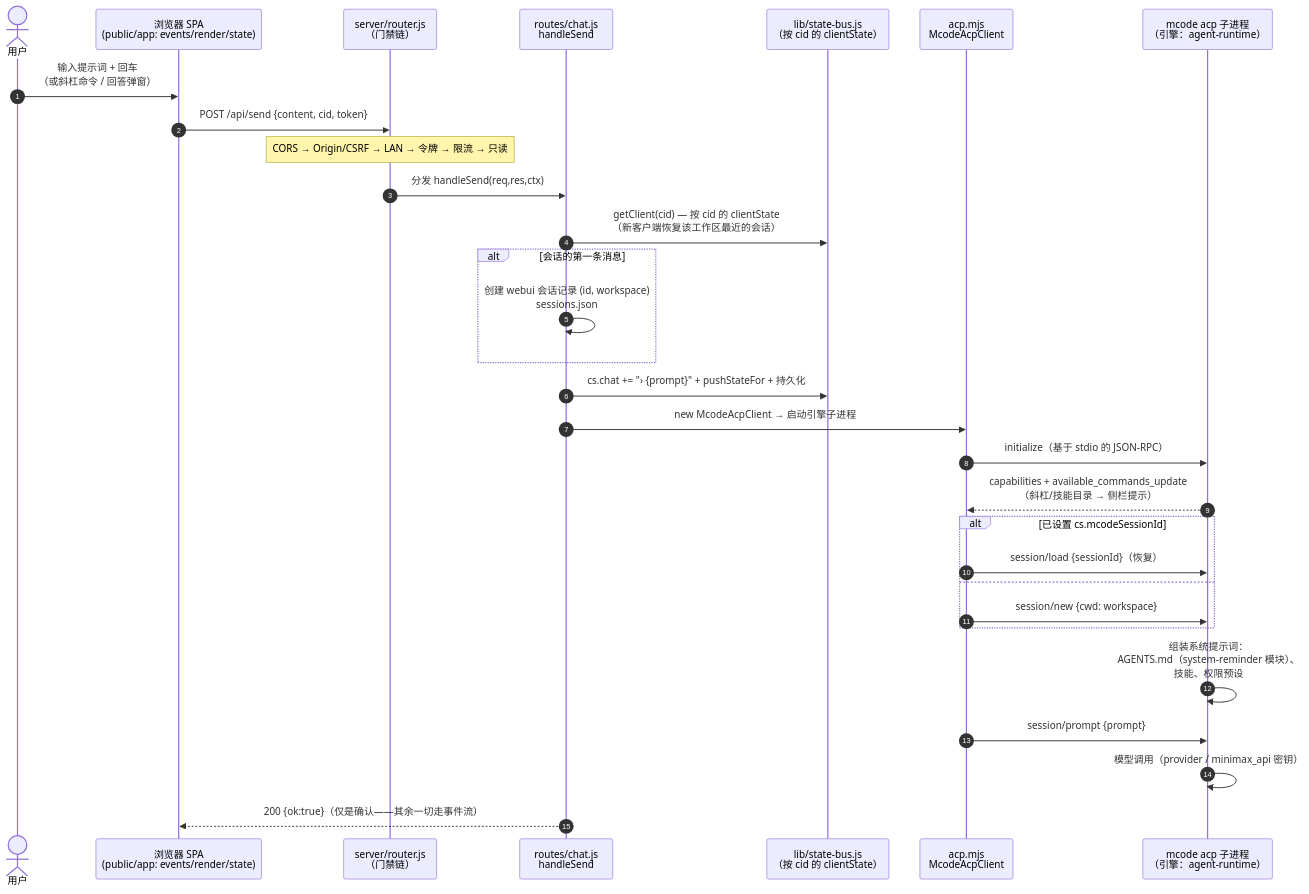
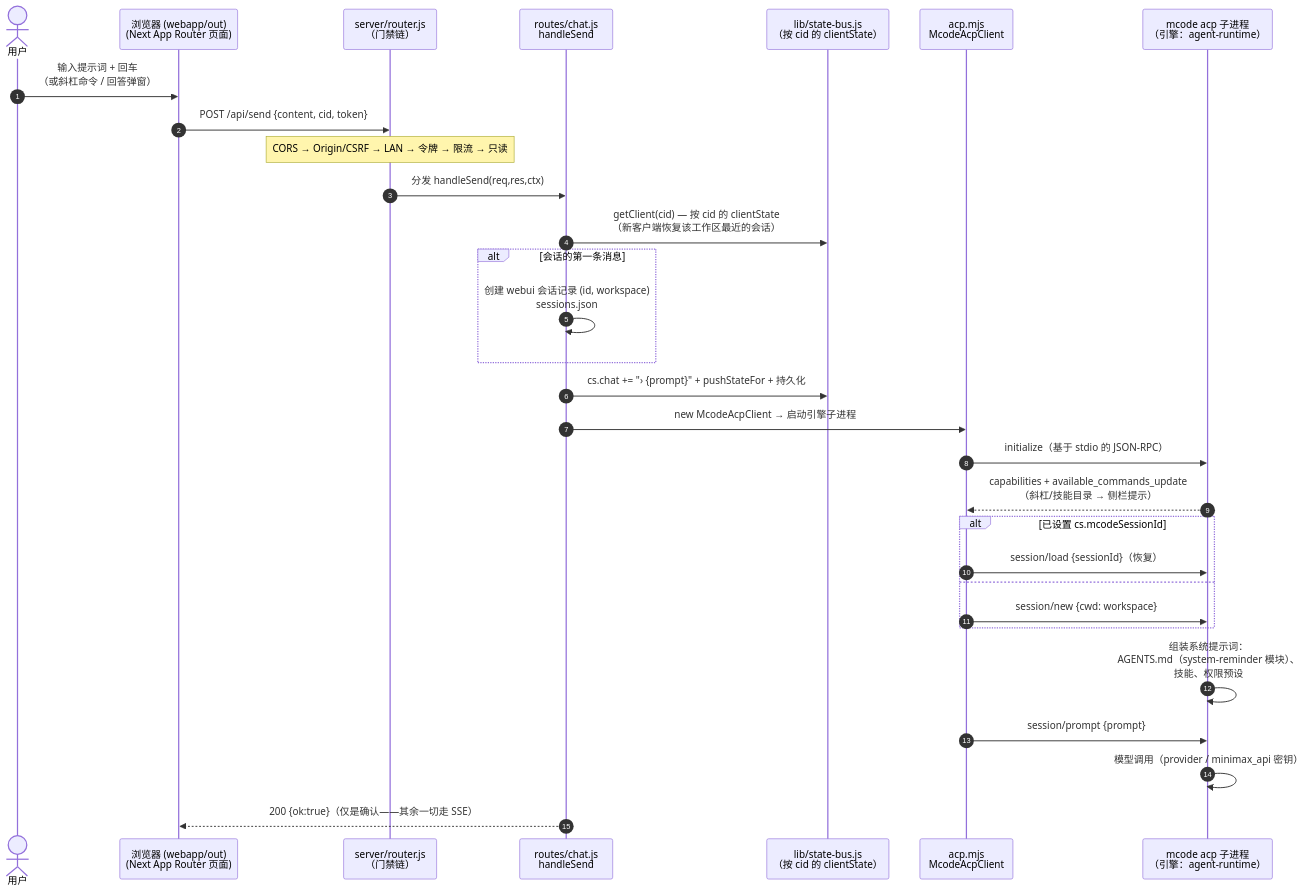
The first of 4 diagrams in packages/webui/docs/ARCHITECTURE.zh-CN.md (mcode-webui/minimax-code-web), drawn with Mermaid before and after one commit. The commit also changed other lines of this file and 352 other files, not shown here.

````diff
--- a/packages/webui/docs/ARCHITECTURE.zh-CN.md
+++ b/packages/webui/docs/ARCHITECTURE.zh-CN.md
@@ -129,33 +133,33 @@
 ```mermaid
 sequenceDiagram
     autonumber
     actor U as 用户
-    participant B as 浏览器 SPA<br/>(public/app: events/render/state)
+    participant B as 浏览器 (webapp/out)<br/>(Next App Router 页面)
     participant R as server/router.js<br/>（门禁链）
     participant C as routes/chat.js<br/>handleSend
     participant S as lib/state-bus.js<br/>（按 cid 的 clientState）
     participant A as acp.mjs<br/>McodeAcpClient
     participant E as mcode acp 子进程<br/>（引擎：agent-runtime）
 
     U->>B: 输入提示词 + 回车<br/>（或斜杠命令 / 回答弹窗）
     B->>R: POST /api/send {content, cid, token}
     Note over R: CORS → Origin/CSRF → LAN → 令牌 → 限流 → 只读
     R->>C: 分发 handleSend(req,res,ctx)
     C->>S: getClient(cid) — 按 cid 的 clientState<br/>（新客户端恢复该工作区最近的会话）
     alt 会话的第一条消息
         C->>C: 创建 webui 会话记录 (id, workspace)<br/>sessions.json
     end
     C->>S: cs.chat += "› {prompt}" + pushStateFor + 持久化
     C->>A: new McodeAcpClient → 启动引擎子进程
     A->>E: initialize（基于 stdio 的 JSON-RPC）
     E-->>A: capabilities + available_commands_update<br/>（斜杠/技能目录 → 侧栏提示）
     alt 已设置 cs.mcodeSessionId
         A->>E: session/load {sessionId}（恢复）
     else
         A->>E: session/new {cwd: workspace}
     end
     E->>E: 组装系统提示词：<br/>AGENTS.md（system-reminder 模块）、<br/>技能、权限预设
     A->>E: session/prompt {prompt}
     E->>E: 模型调用（provider / minimax_api 密钥）
-    C-->>B: 200 {ok:true}（仅是确认——其余一切走事件流）
+    C-->>B: 200 {ok:true}（仅是确认——其余一切走 SSE）
 ```
````
